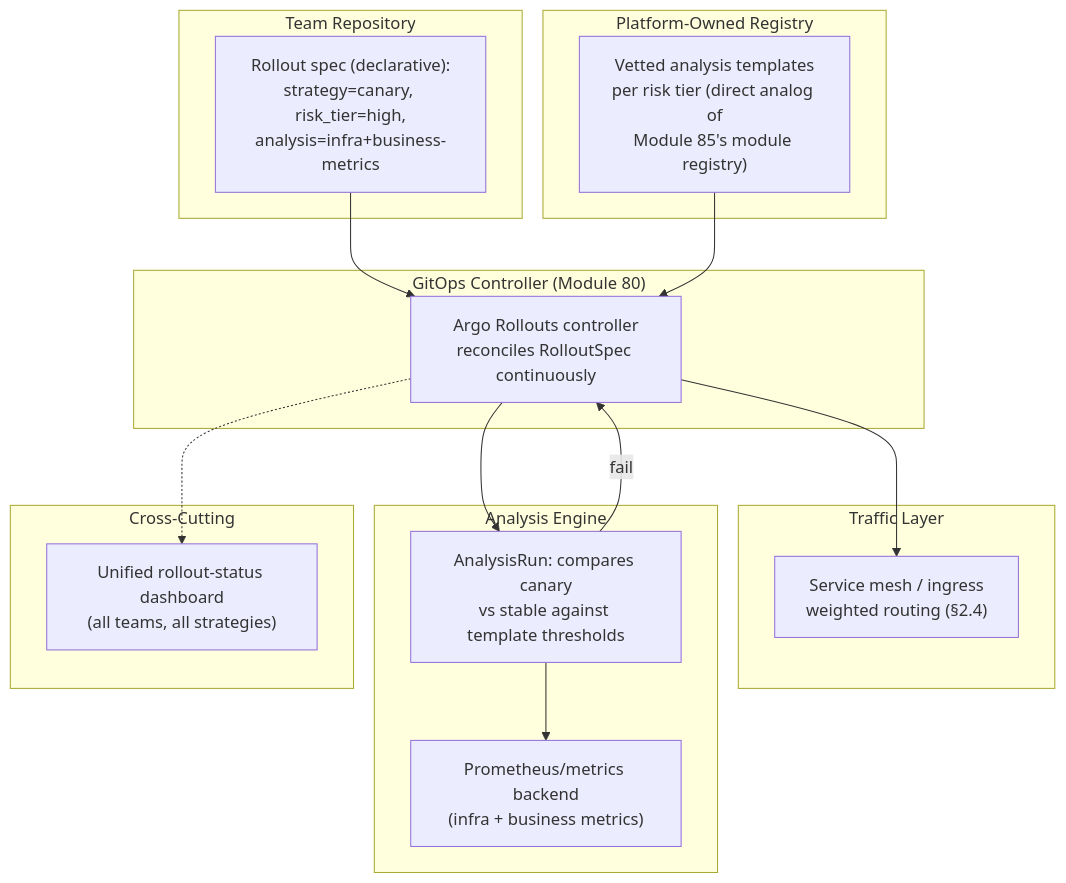
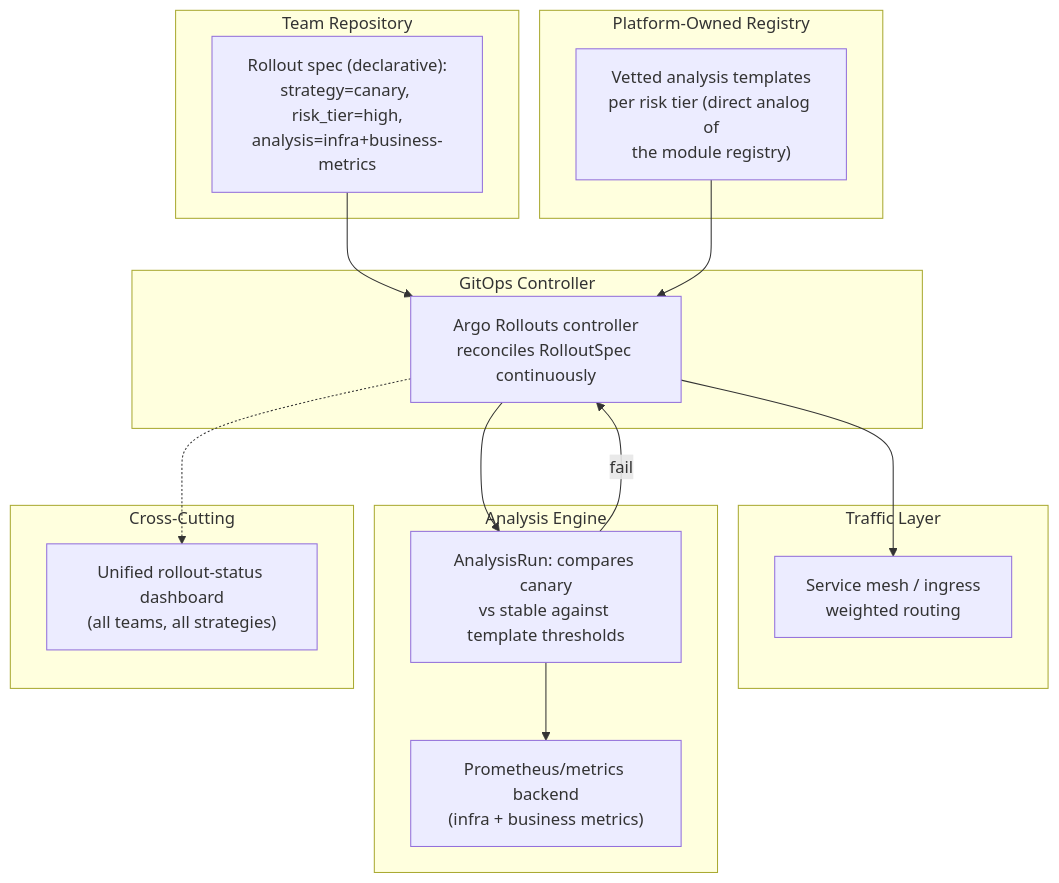
Before and after one commit to umashankarp/InterviewQuestions: the second of 3 diagrams in 25-DevOps/03-ReleaseDeploymentStrategies-BlueGreen-Canary-ProgressiveDelivery.md, drawn with Mermaid. The commit also changed other lines of this file and 173 other files, not shown here.

````diff
--- a/25-DevOps/03-ReleaseDeploymentStrategies-BlueGreen-Canary-ProgressiveDelivery.md
+++ b/25-DevOps/03-ReleaseDeploymentStrategies-BlueGreen-Canary-ProgressiveDelivery.md
@@ -450,29 +450,29 @@
 ```mermaid
 graph TB
-    subgraph "Team Repository"
-        RolloutSpec["Rollout spec (declarative):<br/>strategy=canary, risk_tier=high,<br/>analysis=infra+business-metrics"]
-    end
-    subgraph "Platform-Owned Registry"
-        Templates["Vetted analysis templates<br/>per risk tier (direct analog of<br/>Module 85's module registry)"]
-    end
-    subgraph "GitOps Controller (Module 80)"
-        ArgoRollouts["Argo Rollouts controller<br/>reconciles RolloutSpec continuously"]
-    end
-    subgraph "Traffic Layer"
-        Mesh["Service mesh / ingress<br/>weighted routing (§2.4)"]
-    end
-    subgraph "Analysis Engine"
-        Metrics["Prometheus/metrics backend<br/>(infra + business metrics)"]
-        AnalysisRun["AnalysisRun: compares canary<br/>vs stable against template thresholds"]
-    end
-    subgraph "Cross-Cutting"
-        Dashboard["Unified rollout-status dashboard<br/>(all teams, all strategies)"]
-    end
+ subgraph "Team Repository"
+ RolloutSpec["Rollout spec (declarative):<br/>strategy=canary, risk_tier=high,<br/>analysis=infra+business-metrics"]
+ end
+ subgraph "Platform-Owned Registry"
+ Templates["Vetted analysis templates<br/>per risk tier (direct analog of<br/>the module registry)"]
+ end
+ subgraph "GitOps Controller"
+ ArgoRollouts["Argo Rollouts controller<br/>reconciles RolloutSpec continuously"]
+ end
+ subgraph "Traffic Layer"
+ Mesh["Service mesh / ingress<br/>weighted routing"]
+ end
+ subgraph "Analysis Engine"
+ Metrics["Prometheus/metrics backend<br/>(infra + business metrics)"]
+ AnalysisRun["AnalysisRun: compares canary<br/>vs stable against template thresholds"]
+ end
+ subgraph "Cross-Cutting"
+ Dashboard["Unified rollout-status dashboard<br/>(all teams, all strategies)"]
+ end
 
-    RolloutSpec --> ArgoRollouts
-    Templates --> ArgoRollouts
-    ArgoRollouts --> Mesh
-    ArgoRollouts --> AnalysisRun --> Metrics
-    AnalysisRun -->|fail| ArgoRollouts
-    ArgoRollouts -.-> Dashboard
+ RolloutSpec --> ArgoRollouts
+ Templates --> ArgoRollouts
+ ArgoRollouts --> Mesh
+ ArgoRollouts --> AnalysisRun --> Metrics
+ AnalysisRun -->|fail| ArgoRollouts
+ ArgoRollouts -.-> Dashboard
 ```
````
